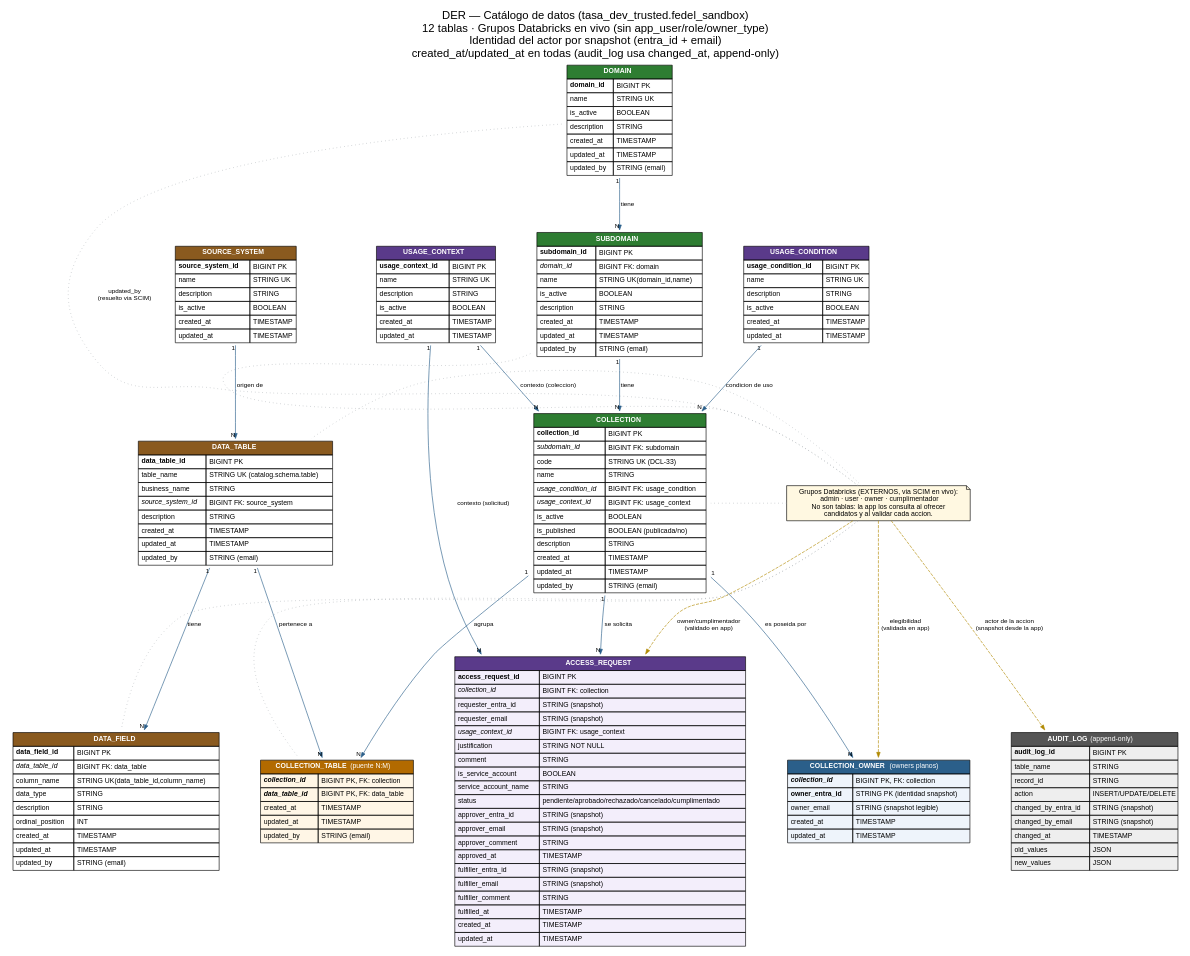
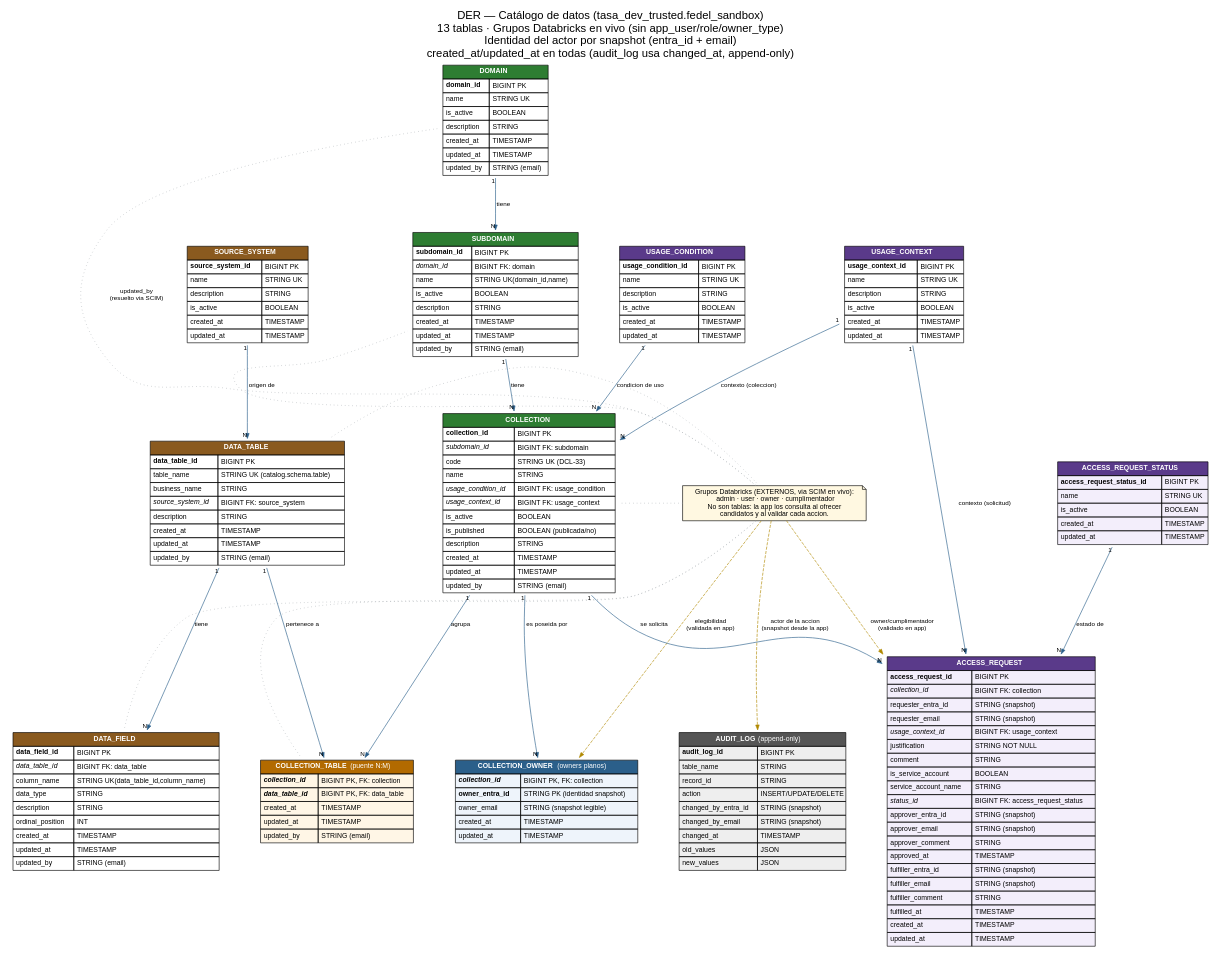
The diagram in der.dot (fedestf/der-grafico), drawn with Graphviz before and after one commit. The commit also changed 4 other files, not shown here.

Commit message:
Agregar tabla catalogo access_request_status con FK desde access_request

```diff
--- a/der.dot
+++ b/der.dot
@@ -1,7 +1,7 @@
 digraph DER {
   graph [rankdir=TB, splines=spline, nodesep=0.7, ranksep=1.0, bgcolor="white",
          fontname="Helvetica",
-         label="DER — Catálogo de datos (tasa_dev_trusted.fedel_sandbox)\n12 tablas · Grupos Databricks en vivo (sin app_user/role/owner_type)\nIdentidad del actor por snapshot (entra_id + email)\ncreated_at/updated_at en todas (audit_log usa changed_at, append-only)",
+         label="DER — Catálogo de datos (tasa_dev_trusted.fedel_sandbox)\n13 tablas · Grupos Databricks en vivo (sin app_user/role/owner_type)\nIdentidad del actor por snapshot (entra_id + email)\ncreated_at/updated_at en todas (audit_log usa changed_at, append-only)",
          labelloc="t", fontsize=18];
   node  [shape=plaintext, fontname="Helvetica", fontsize=11];
   edge  [fontname="Helvetica", fontsize=10, color="#2b5f8a", arrowsize=0.8];
@@ -136,6 +136,16 @@
       <tr><td align="left">updated_at</td><td align="left">TIMESTAMP</td></tr>
     </table>>];
 
+  access_request_status [label=<
+    <table border="0" cellborder="1" cellspacing="0" cellpadding="4" bgcolor="#f3eefb">
+      <tr><td bgcolor="#5a3a8a" colspan="2"><font color="white"><b>ACCESS_REQUEST_STATUS</b></font></td></tr>
+      <tr><td align="left"><b>access_request_status_id</b></td><td align="left">BIGINT PK</td></tr>
+      <tr><td align="left">name</td><td align="left">STRING UK</td></tr>
+      <tr><td align="left">is_active</td><td align="left">BOOLEAN</td></tr>
+      <tr><td align="left">created_at</td><td align="left">TIMESTAMP</td></tr>
+      <tr><td align="left">updated_at</td><td align="left">TIMESTAMP</td></tr>
+    </table>>];
+
   access_request [label=<
     <table border="0" cellborder="1" cellspacing="0" cellpadding="4" bgcolor="#f3eefb">
       <tr><td bgcolor="#5a3a8a" colspan="2"><font color="white"><b>ACCESS_REQUEST</b></font></td></tr>
@@ -148,7 +158,7 @@
       <tr><td align="left">comment</td><td align="left">STRING</td></tr>
       <tr><td align="left">is_service_account</td><td align="left">BOOLEAN</td></tr>
       <tr><td align="left">service_account_name</td><td align="left">STRING</td></tr>
-      <tr><td align="left">status</td><td align="left">pendiente/aprobado/rechazado/cancelado/cumplimentado</td></tr>
+      <tr><td align="left"><i>status_id</i></td><td align="left">BIGINT FK: access_request_status</td></tr>
       <tr><td align="left">approver_entra_id</td><td align="left">STRING (snapshot)</td></tr>
       <tr><td align="left">approver_email</td><td align="left">STRING (snapshot)</td></tr>
       <tr><td align="left">approver_comment</td><td align="left">STRING</td></tr>
@@ -180,6 +190,7 @@
   subdomain       -> collection         [taillabel="1", headlabel="N", label="tiene"];
   usage_context   -> collection         [taillabel="1", headlabel="N", label="contexto (coleccion)"];
   usage_context   -> access_request     [taillabel="1", headlabel="N", label="contexto (solicitud)"];
+  access_request_status -> access_request [taillabel="1", headlabel="N", label="estado de"];
   usage_condition -> collection         [taillabel="1", headlabel="N", label="condicion de uso"];
   collection      -> collection_table   [taillabel="1", headlabel="N", label="agrupa"];
   data_table      -> collection_table   [taillabel="1", headlabel="N", label="pertenece a"];
```
